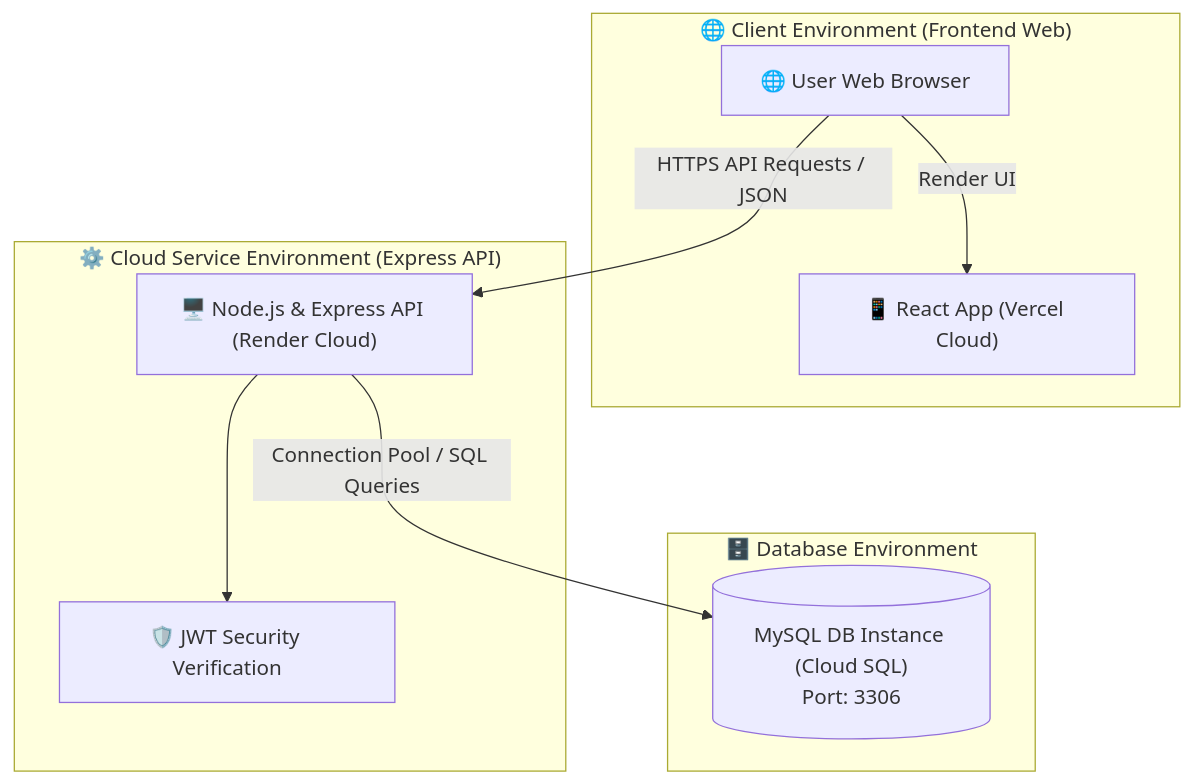
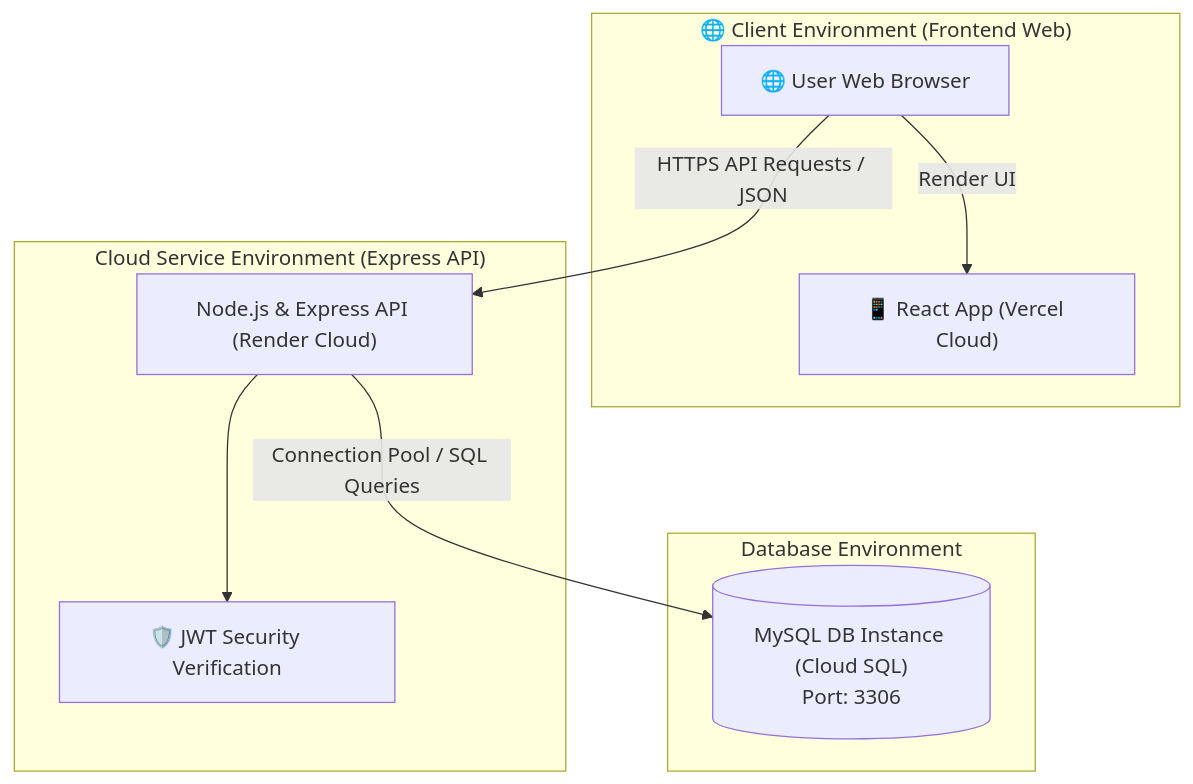
Diagram 15 of 15 in diagram/Diagram.md (SupvichSpuGM/online-bookstore), drawn with Mermaid before and after one commit. The commit also changed other lines of this file and 1 other file, not shown here.

````diff
--- a/diagram/Diagram.md
+++ b/diagram/Diagram.md
@@ -824,21 +837,21 @@
 ```mermaid
 flowchart TD
-    subgraph Client_Env ["🌐 Client Environment (Frontend Web)"]
-        Browser["🌐 User Web Browser"]
-        ReactApp["📱 React App (Vercel Cloud)"]
-        Browser -->|Render UI| ReactApp
-    end
+  subgraph Client_Env ["🌐 Client Environment (Frontend Web)"]
+    Browser["🌐 User Web Browser"]
+    ReactApp["📱 React App (Vercel Cloud)"]
+    Browser -->|Render UI| ReactApp
+  end
 
-    subgraph Cloud_Env ["⚙️ Cloud Service Environment (Express API)"]
-        API_Server["🖥️ Node.js & Express API (Render Cloud)"]
-        JWT_Verify["🛡️ JWT Security Verification"]
-        API_Server --> JWT_Verify
-    end
+  subgraph Cloud_Env [" Cloud Service Environment (Express API)"]
+    API_Server[" Node.js & Express API (Render Cloud)"]
+    JWT_Verify["🛡️ JWT Security Verification"]
+    API_Server --> JWT_Verify
+  end
 
-    subgraph Data_Env ["🗄️ Database Environment"]
-        MySQL_RDS[("MySQL DB Instance (Cloud SQL)\nPort: 3306")]
-    end
+  subgraph Data_Env [" Database Environment"]
+    MySQL_RDS[("MySQL DB Instance (Cloud SQL)\nPort: 3306")]
+  end
 
-    Browser -->|HTTPS API Requests / JSON| API_Server
-    API_Server -->|Connection Pool / SQL Queries| MySQL_RDS
+  Browser -->|HTTPS API Requests / JSON| API_Server
+  API_Server -->|Connection Pool / SQL Queries| MySQL_RDS
 ```
````
